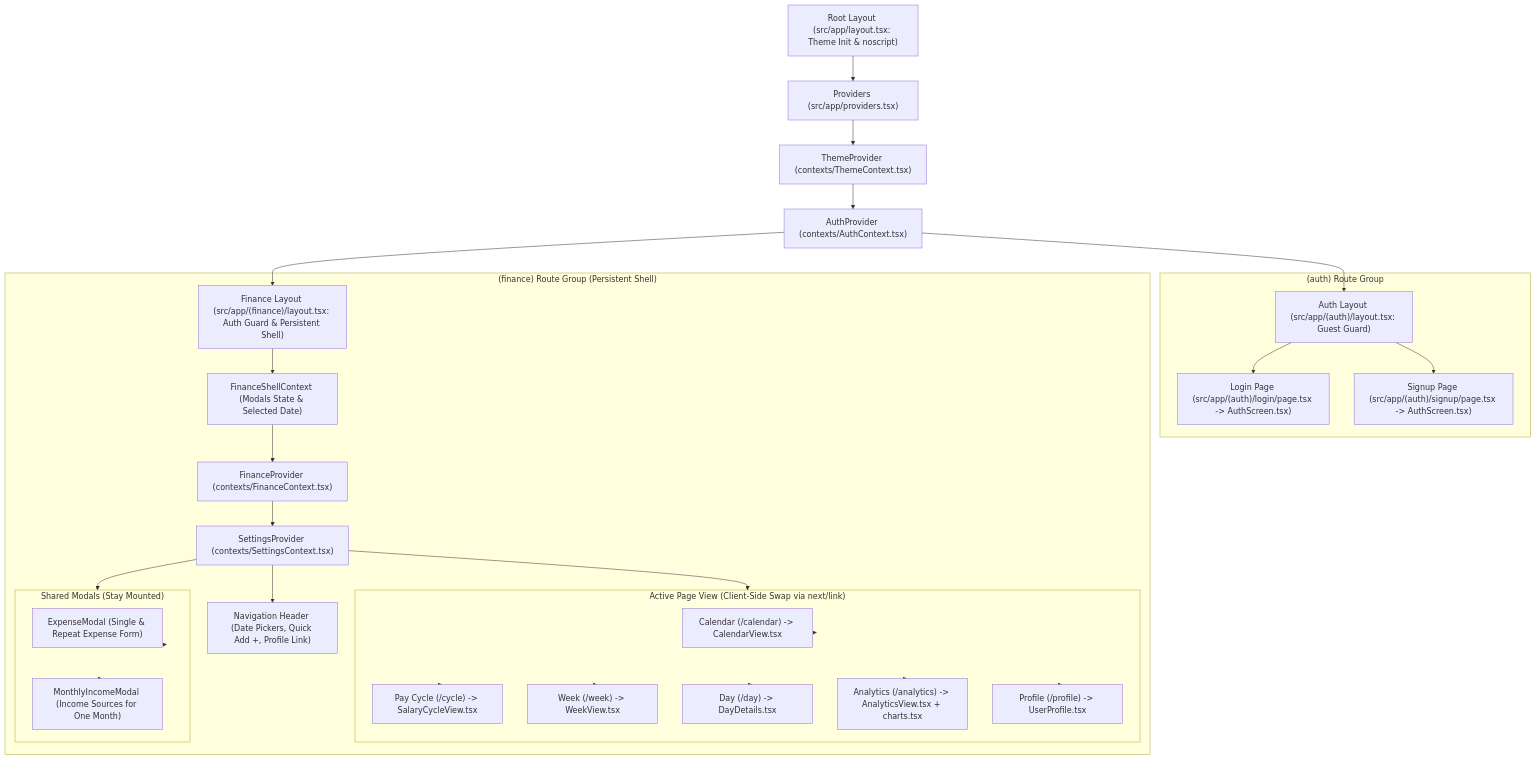
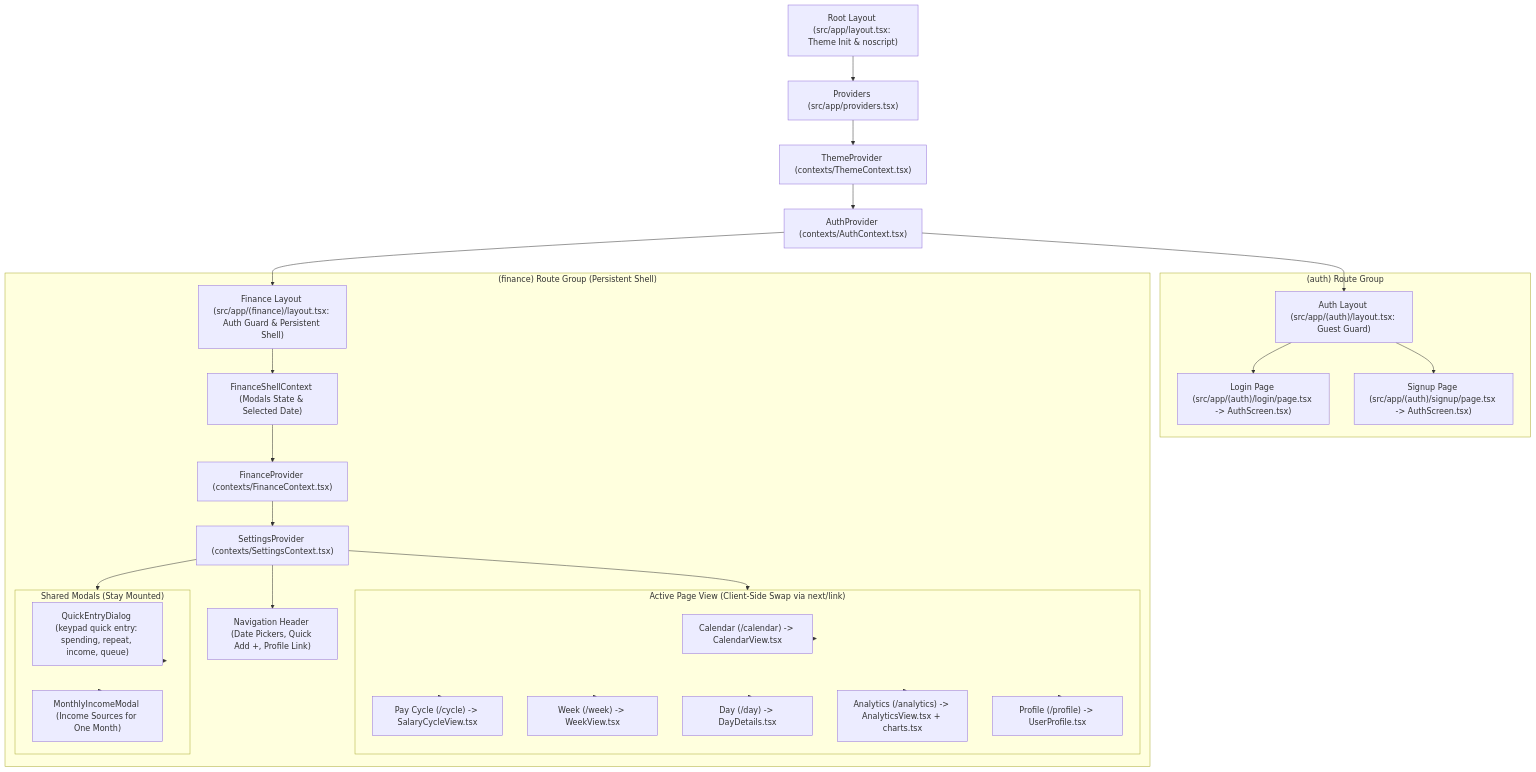
One commit to nnminh-sam/my_finance changed the first of 5 diagrams in docs/04-source-code-architecture.md. Above: the diagram before and after it, drawn with Mermaid. The commit also changed other lines of this file and 28 other files, not shown here.

First line of the commit message:
feat(mobile): add Ledger Month phone UI and keypad quick entry

````diff
--- a/docs/04-source-code-architecture.md
+++ b/docs/04-source-code-architecture.md
@@ -13,45 +13,45 @@
 ```mermaid
 flowchart TB
     RootLayout["Root Layout (src/app/layout.tsx: Theme Init & noscript)"]
     Providers["Providers (src/app/providers.tsx)"]
     ThemeProv["ThemeProvider (contexts/ThemeContext.tsx)"]
     AuthProv["AuthProvider (contexts/AuthContext.tsx)"]
 
     subgraph AuthGroup["(auth) Route Group"]
         AuthLayout["Auth Layout (src/app/(auth)/layout.tsx: Guest Guard)"]
         LoginView["Login Page (src/app/(auth)/login/page.tsx -> AuthScreen.tsx)"]
         SignupView["Signup Page (src/app/(auth)/signup/page.tsx -> AuthScreen.tsx)"]
     end
 
     subgraph FinanceGroup["(finance) Route Group (Persistent Shell)"]
         FinLayout["Finance Layout (src/app/(finance)/layout.tsx: Auth Guard & Persistent Shell)"]
         FinShellCtx["FinanceShellContext (Modals State & Selected Date)"]
         FinProv["FinanceProvider (contexts/FinanceContext.tsx)"]
         SetProv["SettingsProvider (contexts/SettingsContext.tsx)"]
         FinHeader["Navigation Header (Date Pickers, Quick Add +, Profile Link)"]
         
         subgraph ActivePageView["Active Page View (Client-Side Swap via next/link)"]
             CalPage["Calendar (/calendar) -> CalendarView.tsx"]
             CycPage["Pay Cycle (/cycle) -> SalaryCycleView.tsx"]
             WkPage["Week (/week) -> WeekView.tsx"]
             DayPage["Day (/day) -> DayDetails.tsx"]
             AnaPage["Analytics (/analytics) -> AnalyticsView.tsx + charts.tsx"]
             ProfPage["Profile (/profile) -> UserProfile.tsx"]
         end
 
         subgraph PersistentModals["Shared Modals (Stay Mounted)"]
-            ExpModal["ExpenseModal (Single & Repeat Expense Form)"]
+            ExpModal["QuickEntryDialog (keypad quick entry: spending, repeat, income, queue)"]
             IncModal["MonthlyIncomeModal (Income Sources for One Month)"]
         end
     end
 
     RootLayout --> Providers
     Providers --> ThemeProv --> AuthProv
     AuthProv --> AuthLayout
     AuthProv --> FinLayout
     AuthLayout --> LoginView & SignupView
     FinLayout --> FinShellCtx --> FinProv --> SetProv
     SetProv --> FinHeader & ActivePageView & PersistentModals
     PersistentModals --> ExpModal & IncModal
     ActivePageView --> CalPage & CycPage & WkPage & DayPage & AnaPage & ProfPage
 ```
````
